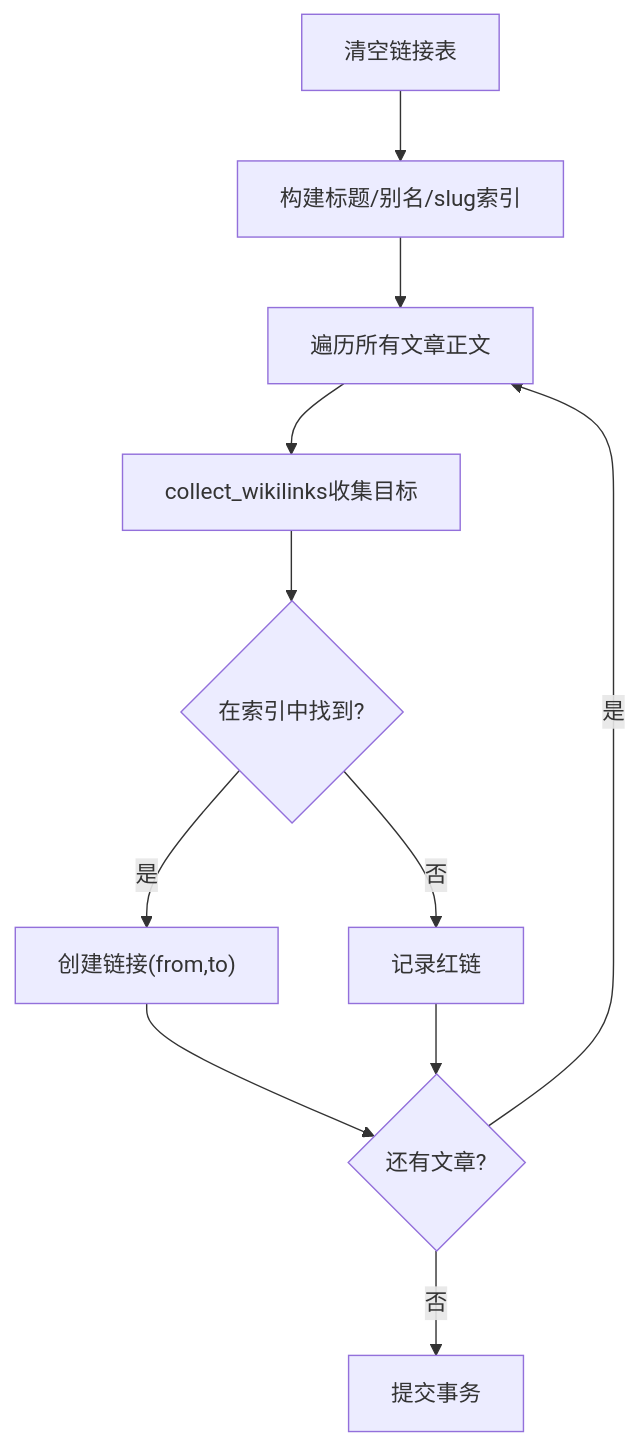
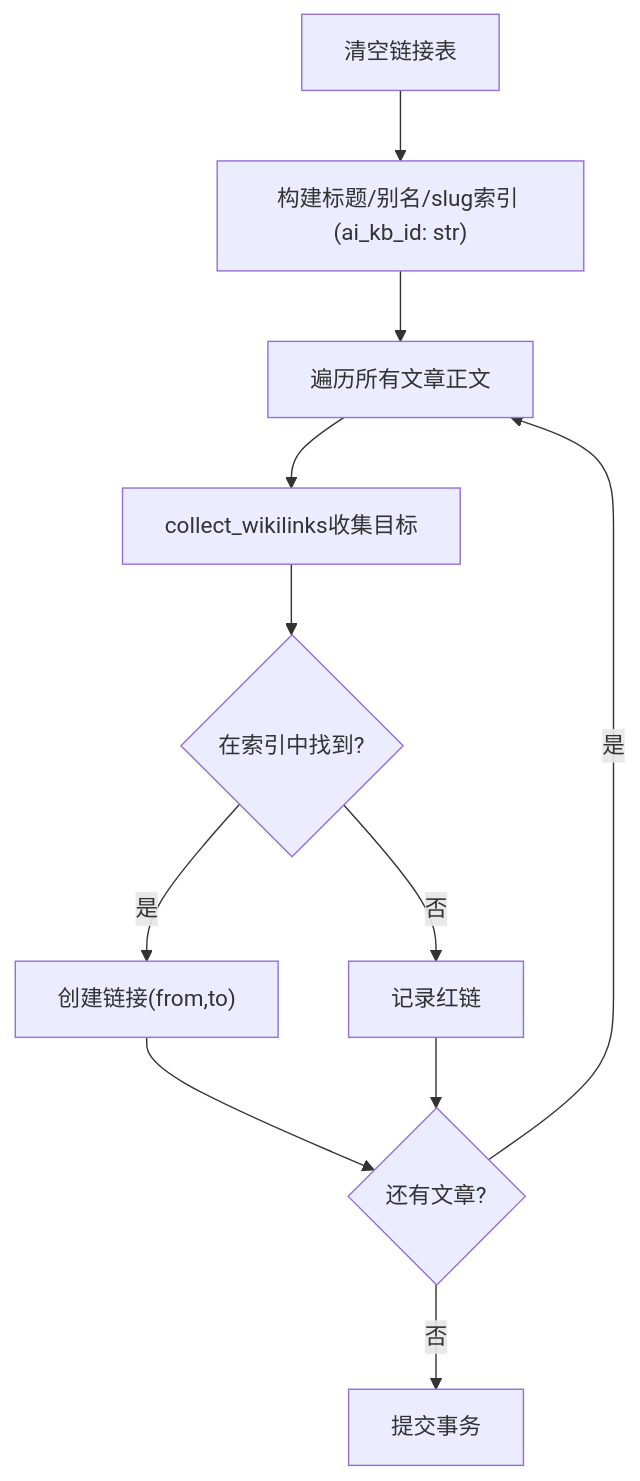
Before and after one commit to beyondalbert/my_wiki: the sixth of 11 diagrams in .qoder/repowiki/zh/content/核心模块/AI知识库模块/AI知识库服务层.md, drawn with Mermaid. The commit also changed other lines of this file and 21 other files, not shown here.

````diff
--- a/.qoder/repowiki/zh/content/核心模块/AI知识库模块/AI知识库服务层.md
+++ b/.qoder/repowiki/zh/content/核心模块/AI知识库模块/AI知识库服务层.md
@@ -232,13 +243,13 @@
 ```mermaid
 flowchart TD
-Init["清空链接表"] --> BuildIdx["构建标题/别名/slug索引"]
+Init["清空链接表"] --> BuildIdx["构建标题/别名/slug索引 (ai_kb_id: str)"]
 BuildIdx --> Scan["遍历所有文章正文"]
 Scan --> Collect["collect_wikilinks收集目标"]
 Collect --> Lookup{"在索引中找到?"}
 Lookup -- 是 --> CreateLink["创建链接(from,to)"]
 Lookup -- 否 --> Redlink["记录红链"]
 CreateLink --> NextArt{"还有文章?"}
 Redlink --> NextArt
 NextArt -- 是 --> Scan
 NextArt -- 否 --> Commit["提交事务"]
 ```
````
